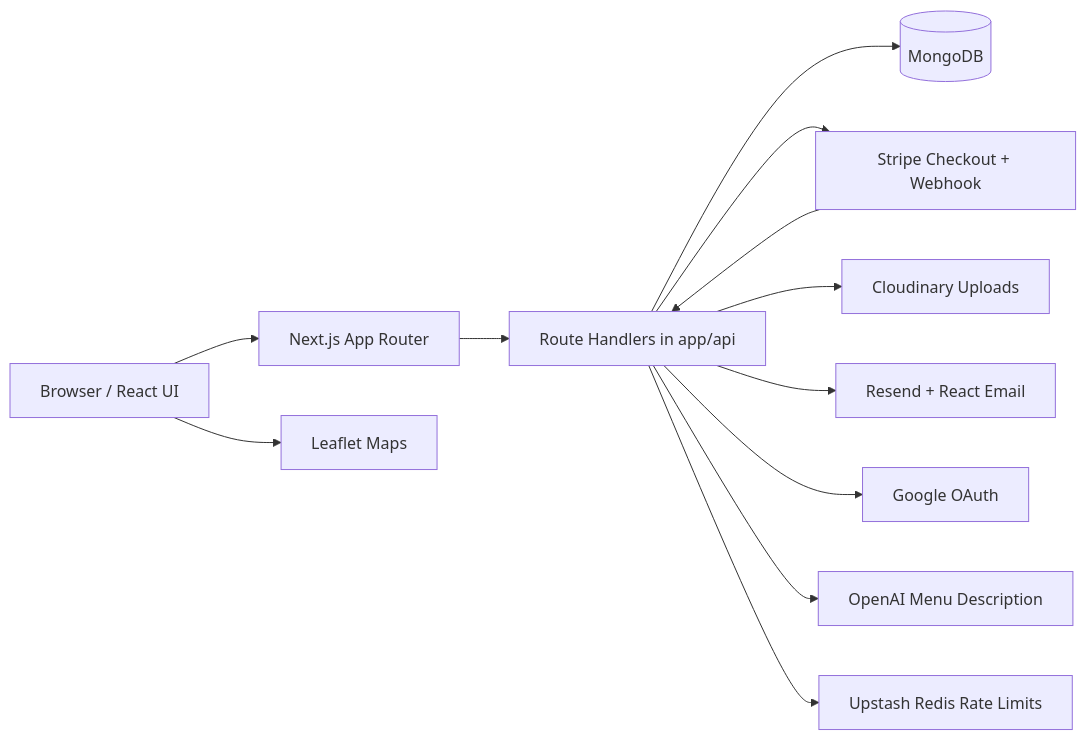
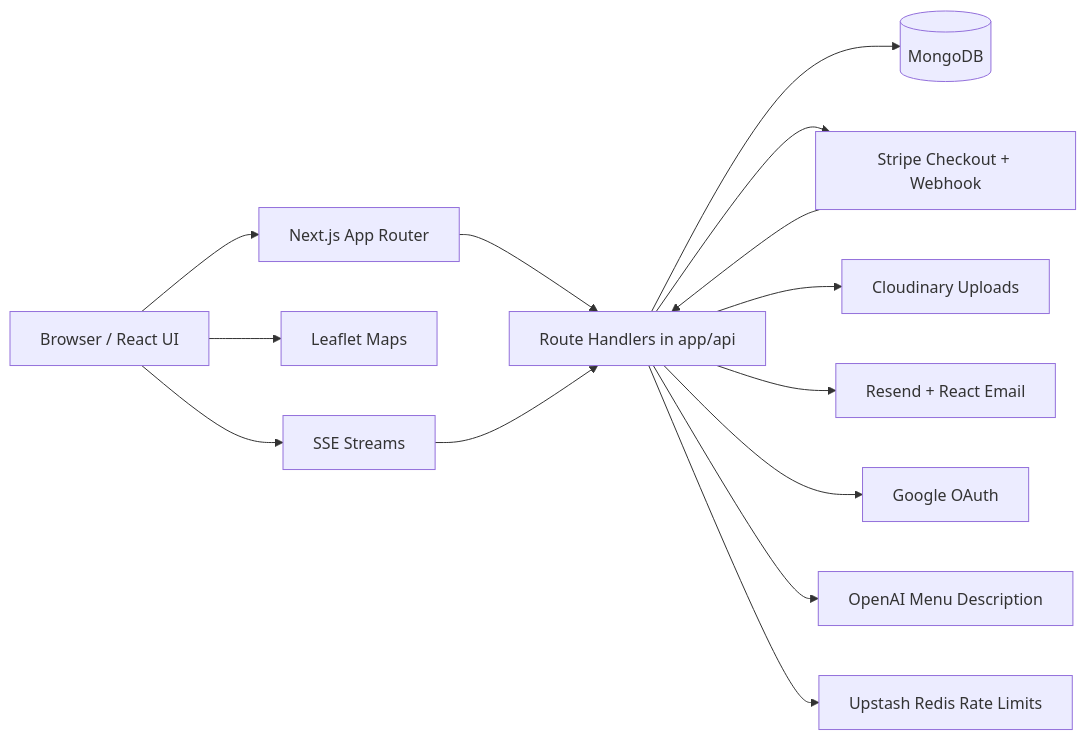
Before and after one commit to kimamovic21/food-ordering-app-nextjs-cwd-yt-2023: the first of 9 diagrams in ARCHITECTURE.md, drawn with Mermaid. The commit also changed other lines of this file and 30 other files, not shown here.

````diff
--- a/ARCHITECTURE.md
+++ b/ARCHITECTURE.md
@@ -9,26 +9,29 @@
 ```mermaid
 flowchart LR
   Browser[Browser / React UI]
   NextApp[Next.js App Router]
   Api[Route Handlers in app/api]
   Mongo[(MongoDB)]
   Stripe[Stripe Checkout + Webhook]
   Cloudinary[Cloudinary Uploads]
   Resend[Resend + React Email]
   Google[Google OAuth]
   OpenAI[OpenAI Menu Description]
   Redis[Upstash Redis Rate Limits]
   Maps[Leaflet Maps]
+  SSE[SSE Streams]
 
   Browser --> NextApp
   NextApp --> Api
   Api --> Mongo
   Api --> Stripe
   Api --> Cloudinary
   Api --> Resend
   Api --> Google
   Api --> OpenAI
   Api --> Redis
   Browser --> Maps
+  Browser --> SSE
+  SSE --> Api
   Stripe --> Api
 ```
````
